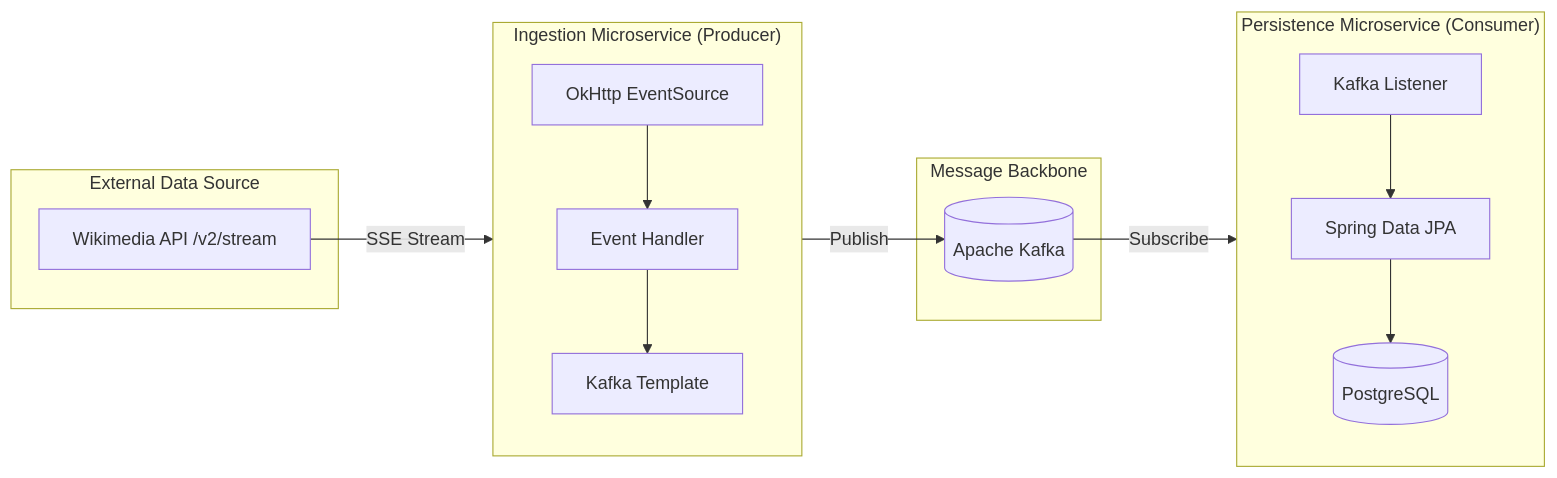
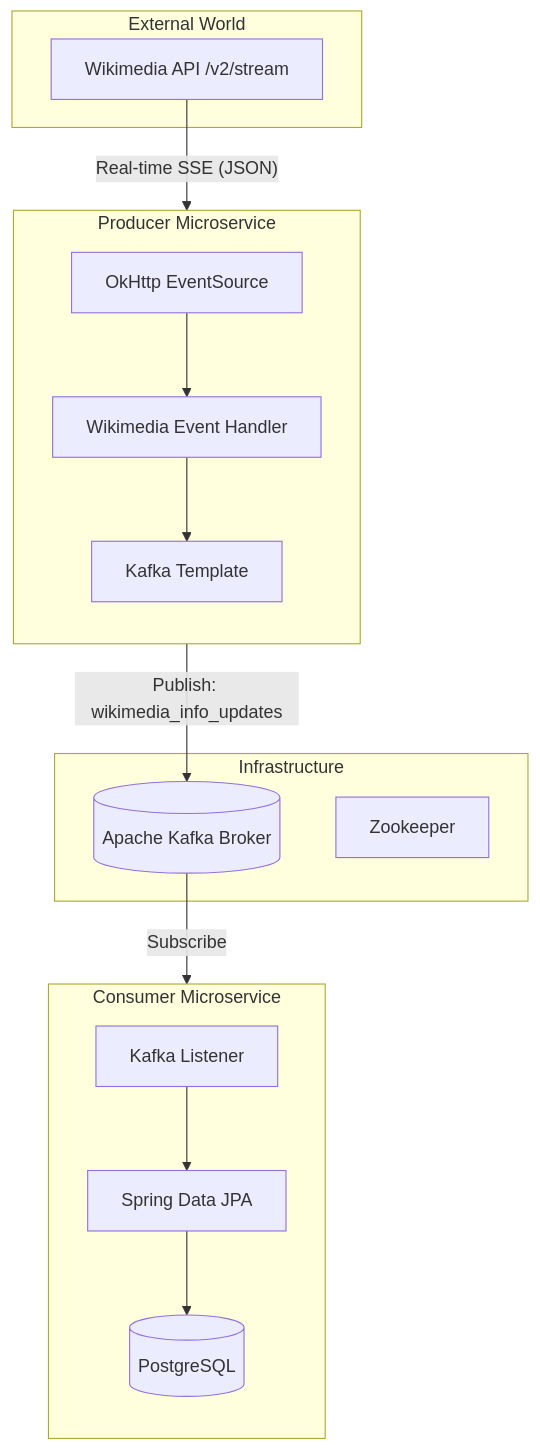
The diagram in README.md (BKishoree/wikimedia_recentchange_apachekafka), drawn with Mermaid before and after one commit. The commit also changed other lines of this file, not shown here.

Commit message:
docs: complete rewrite of README with deep technical details and textbook-style flow

````diff
--- a/README.md
+++ b/README.md
@@ -27,26 +39,27 @@
 ```mermaid
-graph LR
-    subgraph "External Data Source"
+graph TD
+    subgraph "External World"
         W[Wikimedia API /v2/stream]
     end
 
-    subgraph "Ingestion Microservice (Producer)"
+    subgraph "Producer Microservice"
         direction TB
-        E[OkHttp EventSource] --> H[Event Handler]
+        P[OkHttp EventSource] --> H[Wikimedia Event Handler]
         H --> KT[Kafka Template]
     end
 
-    subgraph "Message Backbone"
-        K[(Apache Kafka)]
+    subgraph "Infrastructure"
+        K[(Apache Kafka Broker)]
+        Z[Zookeeper]
     end
 
-    subgraph "Persistence Microservice (Consumer)"
+    subgraph "Consumer Microservice"
         direction TB
         L[Kafka Listener] --> JPA[Spring Data JPA]
         JPA --> DB[(PostgreSQL)]
     end
 
-    W -- "SSE Stream" --> E
-    KT -- "Publish" --> K
+    W -- "Real-time SSE (JSON)" --> P
+    KT -- "Publish: wikimedia_info_updates" --> K
     K -- "Subscribe" --> L
 ```
````
